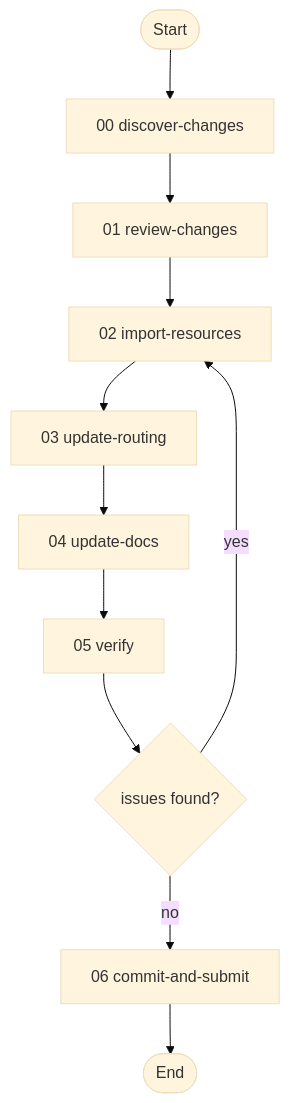
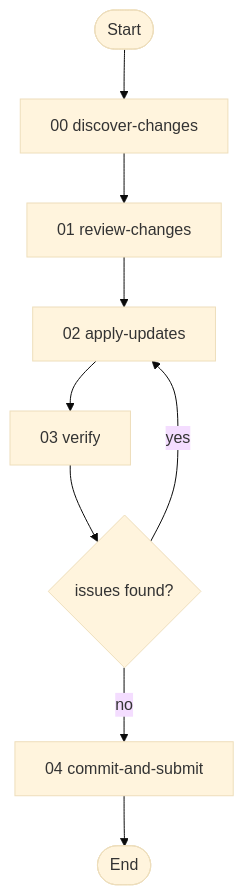
Before and after one commit to m2ux/workflow-server: the diagram in prism-update/README.md, drawn with Mermaid (base theme). The commit also changed other lines of this file and 8 other files, not shown here.

First line of the commit message:
refactor(prism-update): merge import/routing/docs into apply-updates + renumber

````diff
--- a/prism-update/README.md
+++ b/prism-update/README.md
@@ -31,13 +31,11 @@
 ```mermaid
 graph TD
     Start([Start]) --> DC["00 discover-changes"]
     DC --> RC["01 review-changes"]
-    RC --> IR["02 import-resources"]
-    IR --> UR["03 update-routing"]
-    UR --> UD["04 update-docs"]
-    UD --> VF["05 verify"]
+    RC --> AU["02 apply-updates"]
+    AU --> VF["03 verify"]
     VF --> VFD{"issues found?"}
-    VFD -->|"no"| CM["06 commit-and-submit"]
-    VFD -->|"yes"| IR
+    VFD -->|"no"| CM["04 commit-and-submit"]
+    VFD -->|"yes"| AU
     CM --> Done([End])
 ```
````
